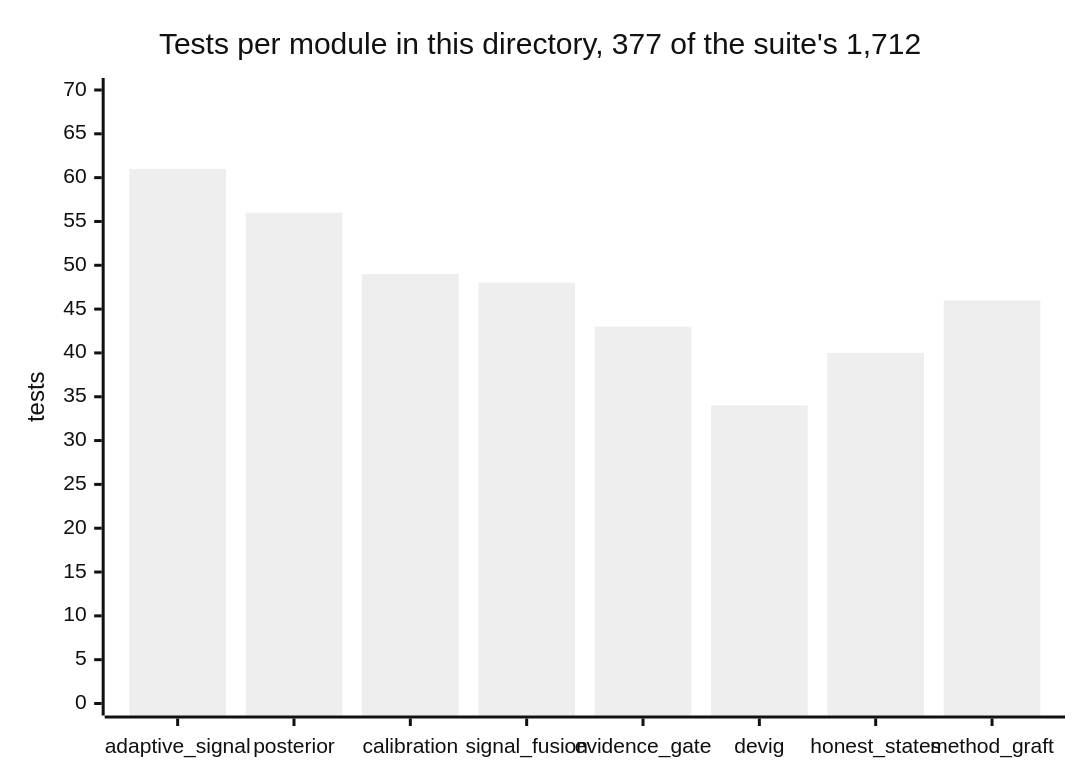
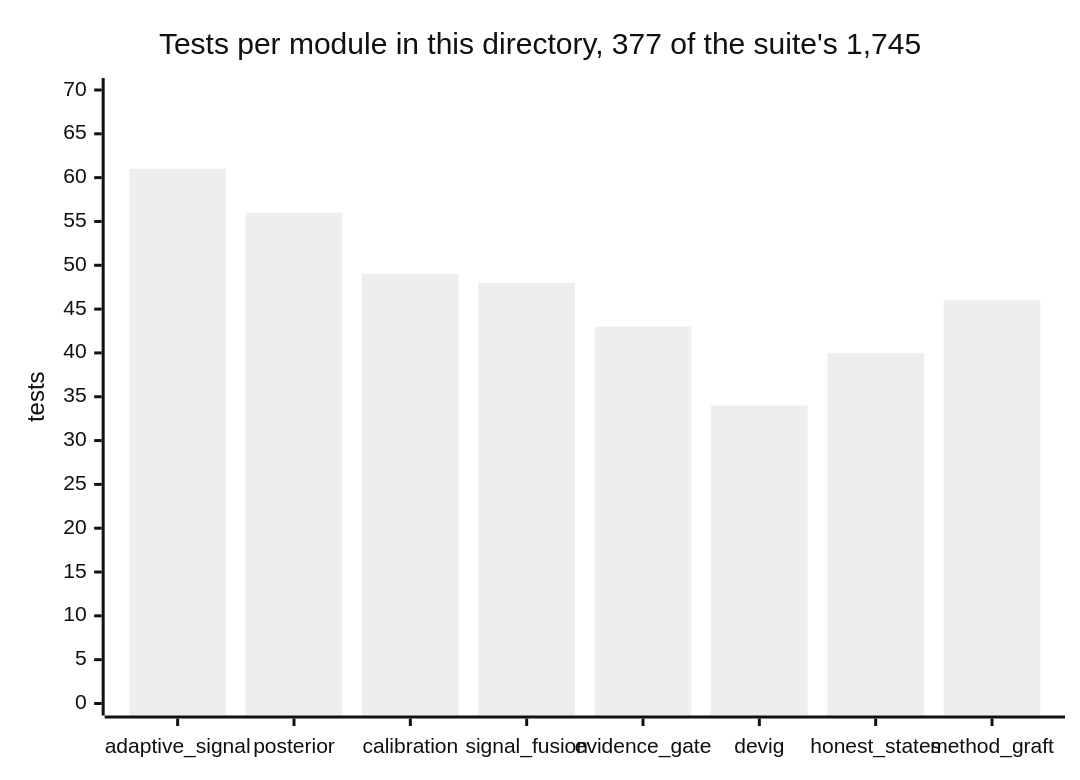
The ninth of 10 diagrams in polymind/README.md (greeklinux/Showcase), drawn with Mermaid (neutral theme) before and after one commit. The commit also changed 17 other files, not shown here.

````diff
--- a/polymind/README.md
+++ b/polymind/README.md
@@ -602,7 +602,7 @@
 ```mermaid
 xychart-beta
-    title "Tests per module in this directory, 377 of the suite's 1,712"
+    title "Tests per module in this directory, 377 of the suite's 1,745"
     x-axis ["adaptive_signal", "posterior", "calibration", "signal_fusion", "evidence_gate", "devig", "honest_states", "method_graft"]
     y-axis "tests" 0 --> 70
     bar [61, 56, 49, 48, 43, 34, 40, 46]
 ```
````
